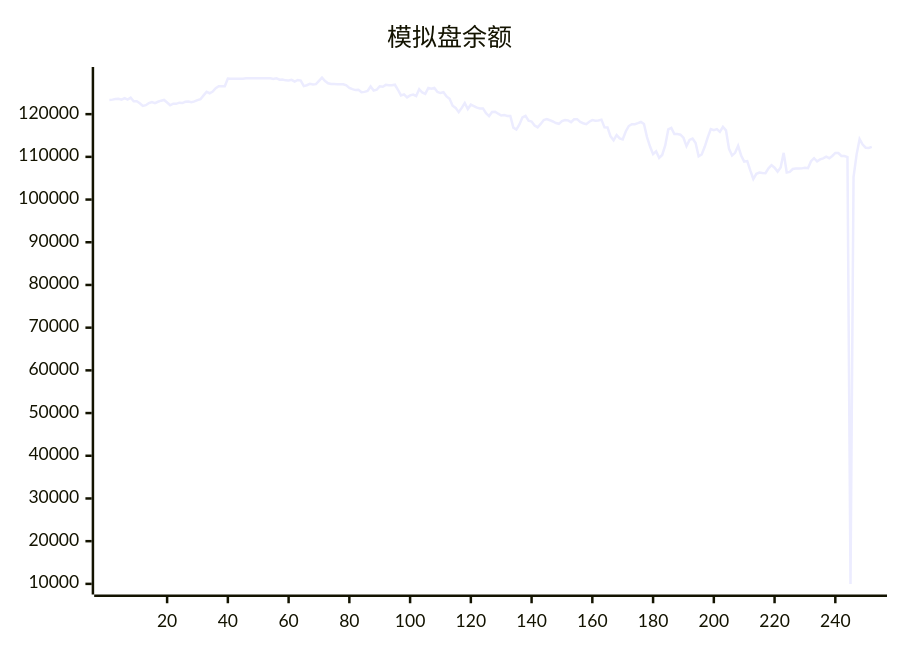
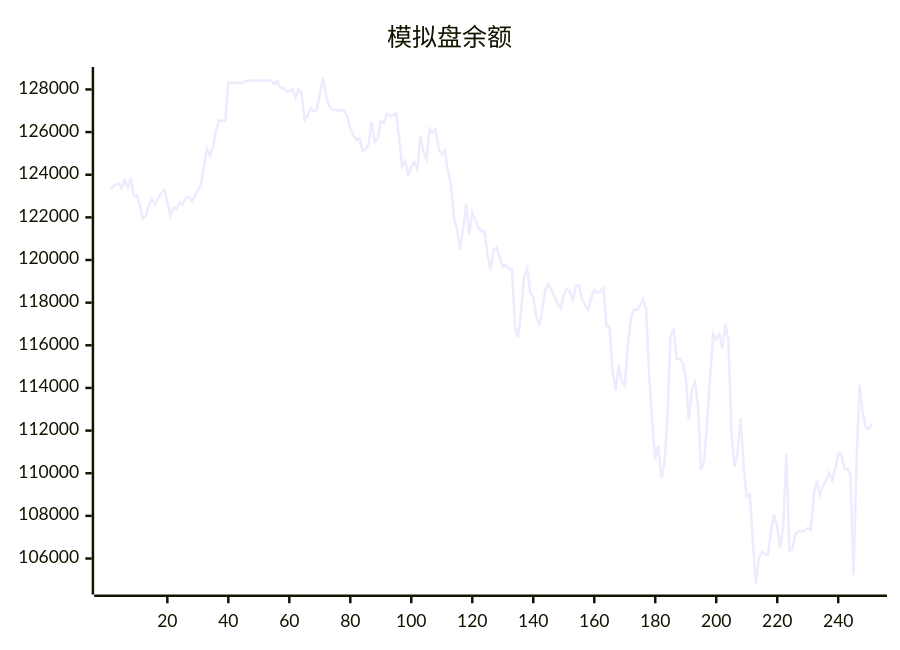
The diagram in README.md (aahl/ai-trading), drawn with Mermaid before and after one commit. The commit also changed 3 other files, not shown here.

````diff
--- a/README.md
+++ b/README.md
@@ -5,5 +5,5 @@
 ```mermaid
 xychart
     title "模拟盘余额"
-    line [123338,123402,123530,123592,123378,123745,123413,123853,123009,123040,122557,121938,122095,122599,122856,122597,122898,123160,123319,122719,122087,122454,122416,122685,122592,122907,122961,122776,122981,123295,123507,124403,125224,124894,125303,126088,126544,126534,126549,128335,128318,128318,128318,128318,128318,128424,128424,128424,128424,128424,128424,128424,128424,128424,128247,128412,128062,128087,127917,127901,128026,127611,128000,127850,126572,126770,127100,126971,127029,127783,128554,127765,127224,127064,127044,127009,127025,127004,126738,126152,125871,125635,125707,125117,125217,125420,126480,125545,125715,126511,126424,126856,126764,126788,126890,125710,124381,124632,123936,124402,124574,124256,125833,125070,124739,126154,125966,126145,125213,124943,125143,124157,123604,121959,121476,120476,121470,122610,121201,122221,121889,121522,121332,121344,120232,119559,120513,120577,120108,119680,119777,119572,119568,116839,116392,117573,119250,119585,118469,118277,117338,116897,117706,118628,118849,118579,118280,117926,117735,118373,118639,118544,118136,118798,118819,118162,117874,117649,118215,118601,118463,118517,118713,116911,116899,114798,113887,115084,114313,114091,115934,117221,117658,117658,117883,118164,117693,114632,112403,110644,111313,109777,110444,112673,116419,116772,115355,115355,115198,114476,112510,113954,114276,113223,110151,110561,112361,114562,116522,116265,116500,115845,117000,116199,111887,110306,110942,112588,110318,108891,109011,106814,104811,106038,106327,106201,106180,107315,108068,107463,106528,107530,110941,106346,106482,107161,107268,107270,107302,107426,107340,108985,109681,108962,109404,109645,110030,109680,110214,110918,110897,110215,110212,109962,10000,105235,110525,114151,112895,112137,112083,112329]
+    line [123338,123402,123530,123592,123378,123745,123413,123853,123009,123040,122557,121938,122095,122599,122856,122597,122898,123160,123319,122719,122087,122454,122416,122685,122592,122907,122961,122776,122981,123295,123507,124403,125224,124894,125303,126088,126544,126534,126549,128335,128318,128318,128318,128318,128318,128424,128424,128424,128424,128424,128424,128424,128424,128424,128247,128412,128062,128087,127917,127901,128026,127611,128000,127850,126572,126770,127100,126971,127029,127783,128554,127765,127224,127064,127044,127009,127025,127004,126738,126152,125871,125635,125707,125117,125217,125420,126480,125545,125715,126511,126424,126856,126764,126788,126890,125710,124381,124632,123936,124402,124574,124256,125833,125070,124739,126154,125966,126145,125213,124943,125143,124157,123604,121959,121476,120476,121470,122610,121201,122221,121889,121522,121332,121344,120232,119559,120513,120577,120108,119680,119777,119572,119568,116839,116392,117573,119250,119585,118469,118277,117338,116897,117706,118628,118849,118579,118280,117926,117735,118373,118639,118544,118136,118798,118819,118162,117874,117649,118215,118601,118463,118517,118713,116911,116899,114798,113887,115084,114313,114091,115934,117221,117658,117658,117883,118164,117693,114632,112403,110644,111313,109777,110444,112673,116419,116772,115355,115355,115198,114476,112510,113954,114276,113223,110151,110561,112361,114562,116522,116265,116500,115845,117000,116199,111887,110306,110942,112588,110318,108891,109011,106814,104811,106038,106327,106201,106180,107315,108068,107463,106528,107530,110941,106346,106482,107161,107268,107270,107302,107426,107340,108985,109681,108962,109404,109645,110030,109680,110214,110918,110897,110215,110212,109962,105235,110525,114151,112895,112137,112083,112329]
 ```
````
